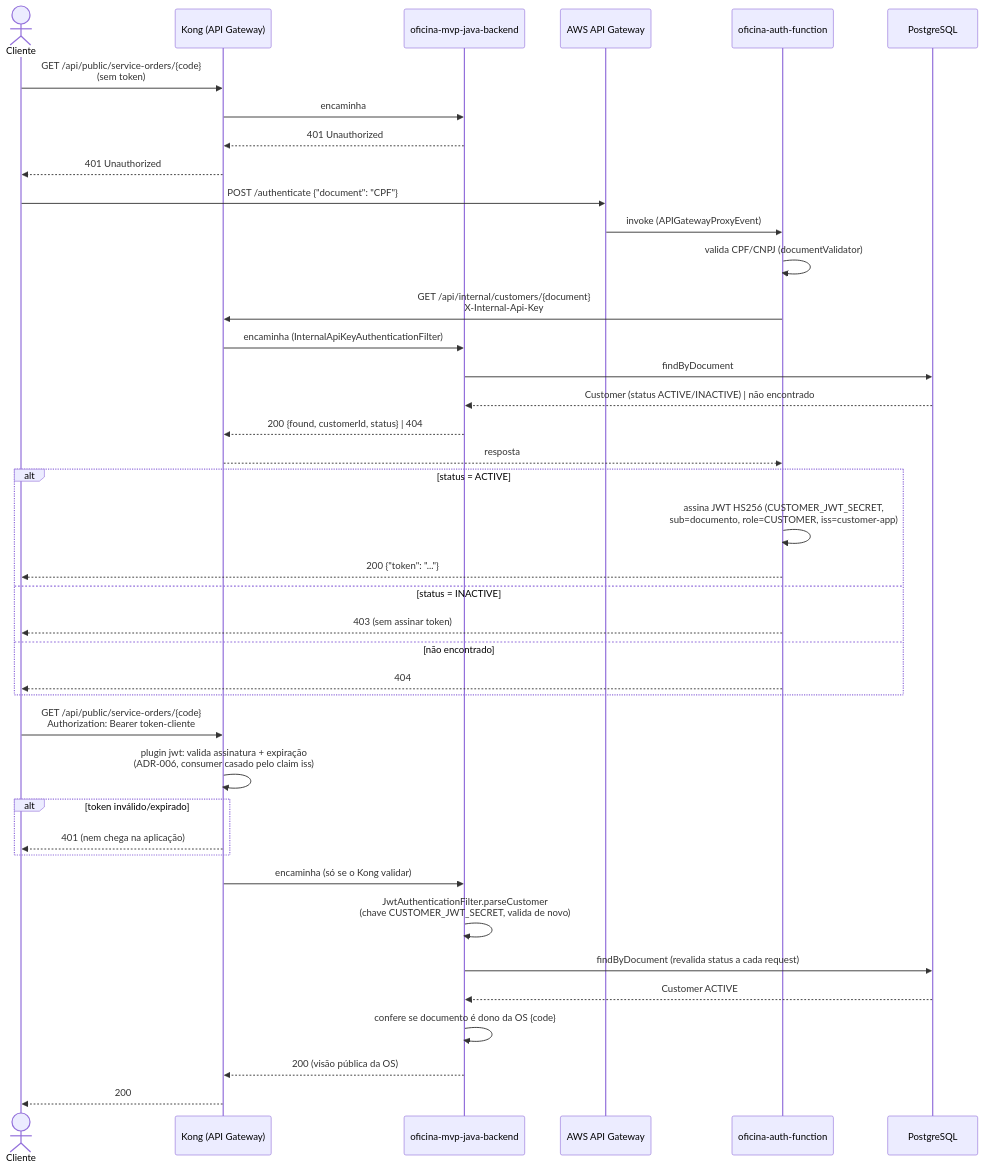
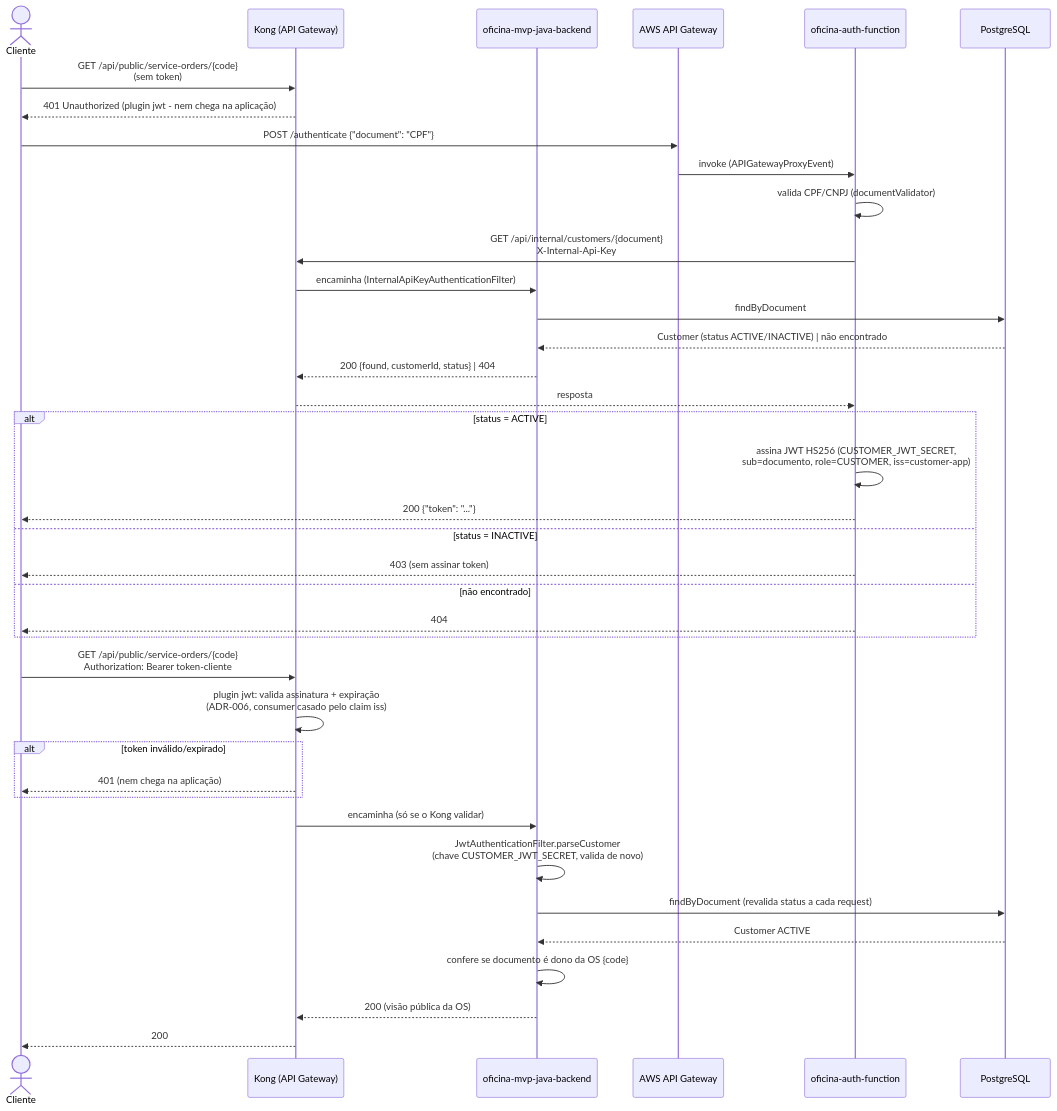
Before and after one commit to lukebria/oficina-mvp-java-backend: the sixth of 8 diagrams in docs/architecture.md, drawn with Mermaid. The commit also changed 28 other files, not shown here.

First line of the commit message:
docs(diagramas): PNGs de arquitetura com legendas em docs/diagramas

````diff
--- a/docs/architecture.md
+++ b/docs/architecture.md
@@ -992,45 +992,43 @@
 ```mermaid
 sequenceDiagram
     actor Cliente
     participant Kong as Kong (API Gateway)
     participant App as oficina-mvp-java-backend
     participant ApiGw as AWS API Gateway
     participant Lambda as oficina-auth-function
     participant DB as PostgreSQL
 
     Cliente->>Kong: GET /api/public/service-orders/{code}<br/>(sem token)
-    Kong->>App: encaminha
-    App-->>Kong: 401 Unauthorized
-    Kong-->>Cliente: 401 Unauthorized
+    Kong-->>Cliente: 401 Unauthorized (plugin jwt - nem chega na aplicação)
 
     Cliente->>ApiGw: POST /authenticate {"document": "CPF"}
     ApiGw->>Lambda: invoke (APIGatewayProxyEvent)
     Lambda->>Lambda: valida CPF/CNPJ (documentValidator)
     Lambda->>Kong: GET /api/internal/customers/{document}<br/>X-Internal-Api-Key
     Kong->>App: encaminha (InternalApiKeyAuthenticationFilter)
     App->>DB: findByDocument
     DB-->>App: Customer (status ACTIVE/INACTIVE) | não encontrado
     App-->>Kong: 200 {found, customerId, status} | 404
     Kong-->>Lambda: resposta
     alt status = ACTIVE
         Lambda->>Lambda: assina JWT HS256 (CUSTOMER_JWT_SECRET,<br/>sub=documento, role=CUSTOMER, iss=customer-app)
         Lambda-->>Cliente: 200 {"token": "..."}
     else status = INACTIVE
         Lambda-->>Cliente: 403 (sem assinar token)
     else não encontrado
         Lambda-->>Cliente: 404
     end
 
     Cliente->>Kong: GET /api/public/service-orders/{code}<br/>Authorization: Bearer token-cliente
     Kong->>Kong: plugin jwt: valida assinatura + expiração<br/>(ADR-006, consumer casado pelo claim iss)
     alt token inválido/expirado
         Kong-->>Cliente: 401 (nem chega na aplicação)
     end
     Kong->>App: encaminha (só se o Kong validar)
     App->>App: JwtAuthenticationFilter.parseCustomer<br/>(chave CUSTOMER_JWT_SECRET, valida de novo)
     App->>DB: findByDocument (revalida status a cada request)
     DB-->>App: Customer ACTIVE
     App->>App: confere se documento é dono da OS {code}
     App-->>Kong: 200 (visão pública da OS)
     Kong-->>Cliente: 200
 ```
````
